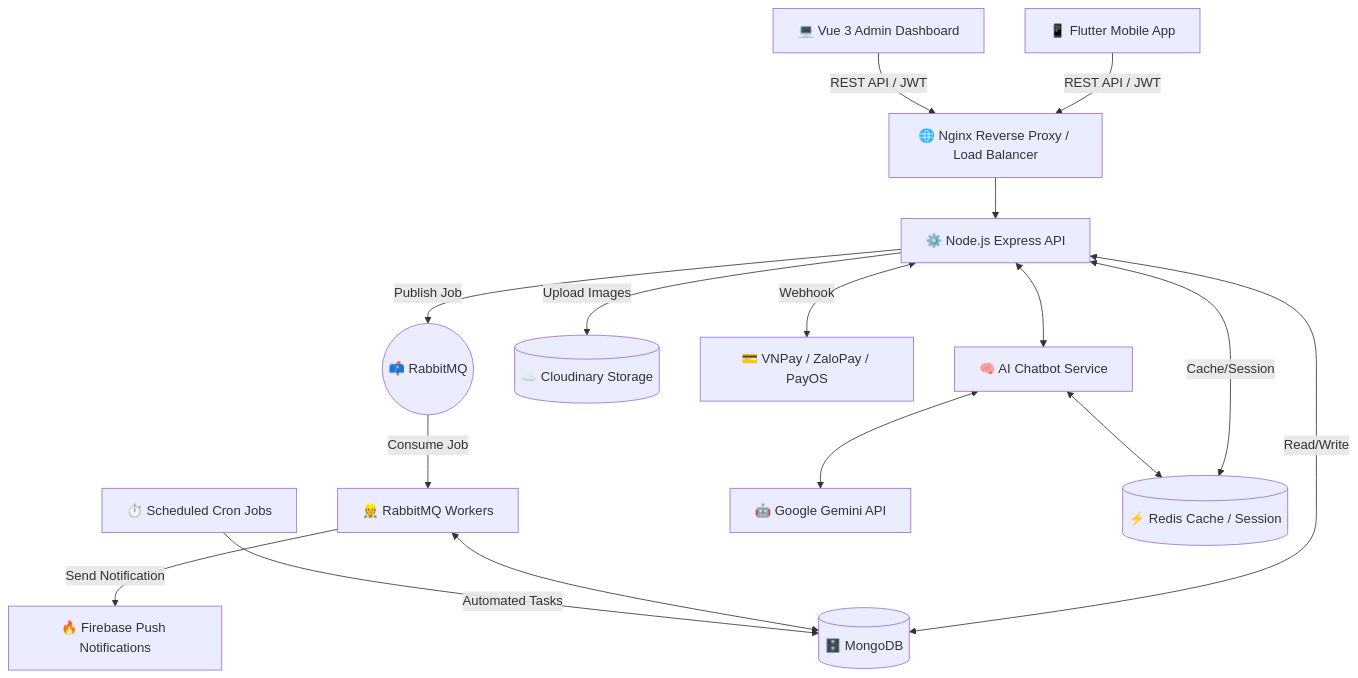
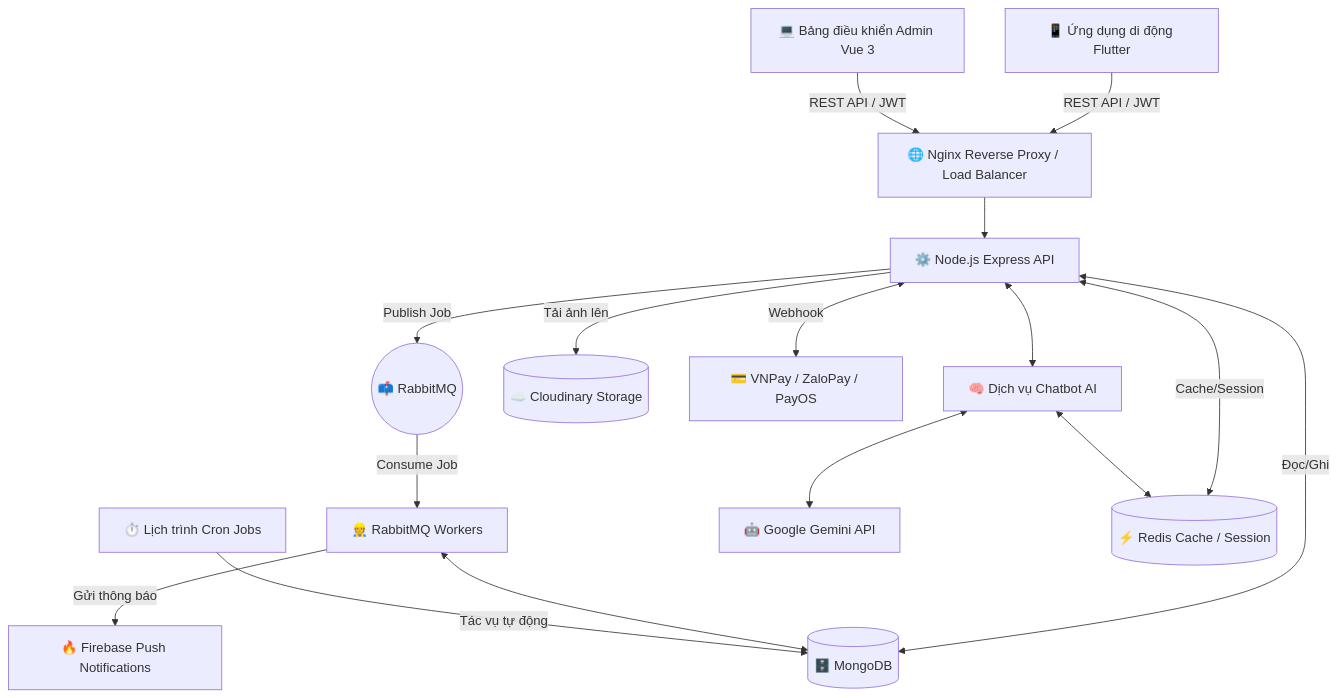
The diagram in README.md (JackSon04-dev/ECOMMERCE_MOBILE_APP), drawn with Mermaid before and after one commit. The commit also changed other lines of this file and 2 other files, not shown here.

````diff
--- a/README.md
+++ b/README.md
@@ -14,49 +14,49 @@
 ```mermaid
 graph TD
     %% Clients
-    MobileApp[📱 Flutter Mobile App]
-    AdminDash[💻 Vue 3 Admin Dashboard]
+    MobileApp[📱 Ứng dụng di động Flutter]
+    AdminDash[💻 Bảng điều khiển Admin Vue 3]
 
     %% Gateway & Load Balancing
     Nginx[🌐 Nginx Reverse Proxy / Load Balancer]
 
     %% Core Services
     BackendAPI[⚙️ Node.js Express API]
     BackgroundWorker[👷 RabbitMQ Workers]
-    CronService[⏱️ Scheduled Cron Jobs]
+    CronService[⏱️ Lịch trình Cron Jobs]
     
     %% AI Service
-    ChatbotService[🧠 AI Chatbot Service]
+    ChatbotService[🧠 Dịch vụ Chatbot AI]
     Gemini[🤖 Google Gemini API]
 
     %% Data Layer
     MongoDB[(🗄️ MongoDB)]
     Redis[(⚡ Redis Cache / Session)]
     Cloudinary[(☁️ Cloudinary Storage)]
     
     %% External Services
     PaymentGateways[💳 VNPay / ZaloPay / PayOS]
     Firebase[🔥 Firebase Push Notifications]
 
     %% Connections
     MobileApp -->|REST API / JWT| Nginx
     AdminDash -->|REST API / JWT| Nginx
     Nginx --> BackendAPI
     
     BackendAPI -->|Publish Job| RabbitMQ((📫 RabbitMQ))
     RabbitMQ -->|Consume Job| BackgroundWorker
     
-    BackendAPI <-->|Read/Write| MongoDB
+    BackendAPI <-->|Đọc/Ghi| MongoDB
     BackendAPI <-->|Cache/Session| Redis
-    BackendAPI -->|Upload Images| Cloudinary
+    BackendAPI -->|Tải ảnh lên| Cloudinary
     
     BackgroundWorker <--> MongoDB
-    BackgroundWorker -->|Send Notification| Firebase
-    CronService -->|Automated Tasks| MongoDB
+    BackgroundWorker -->|Gửi thông báo| Firebase
+    CronService -->|Tác vụ tự động| MongoDB
     
     BackendAPI <--> ChatbotService
     ChatbotService <--> Gemini
     ChatbotService <--> Redis
     
     BackendAPI <-->|Webhook| PaymentGateways
 ```
````
